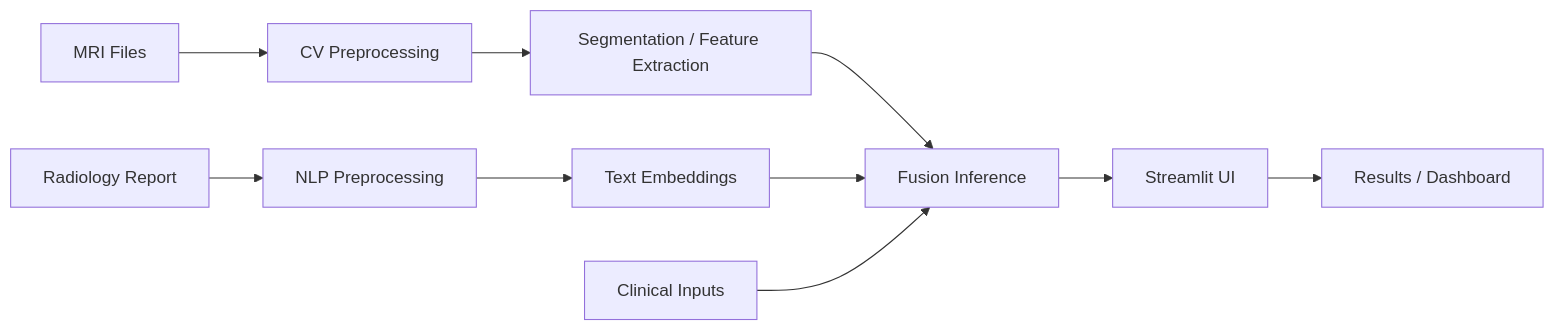
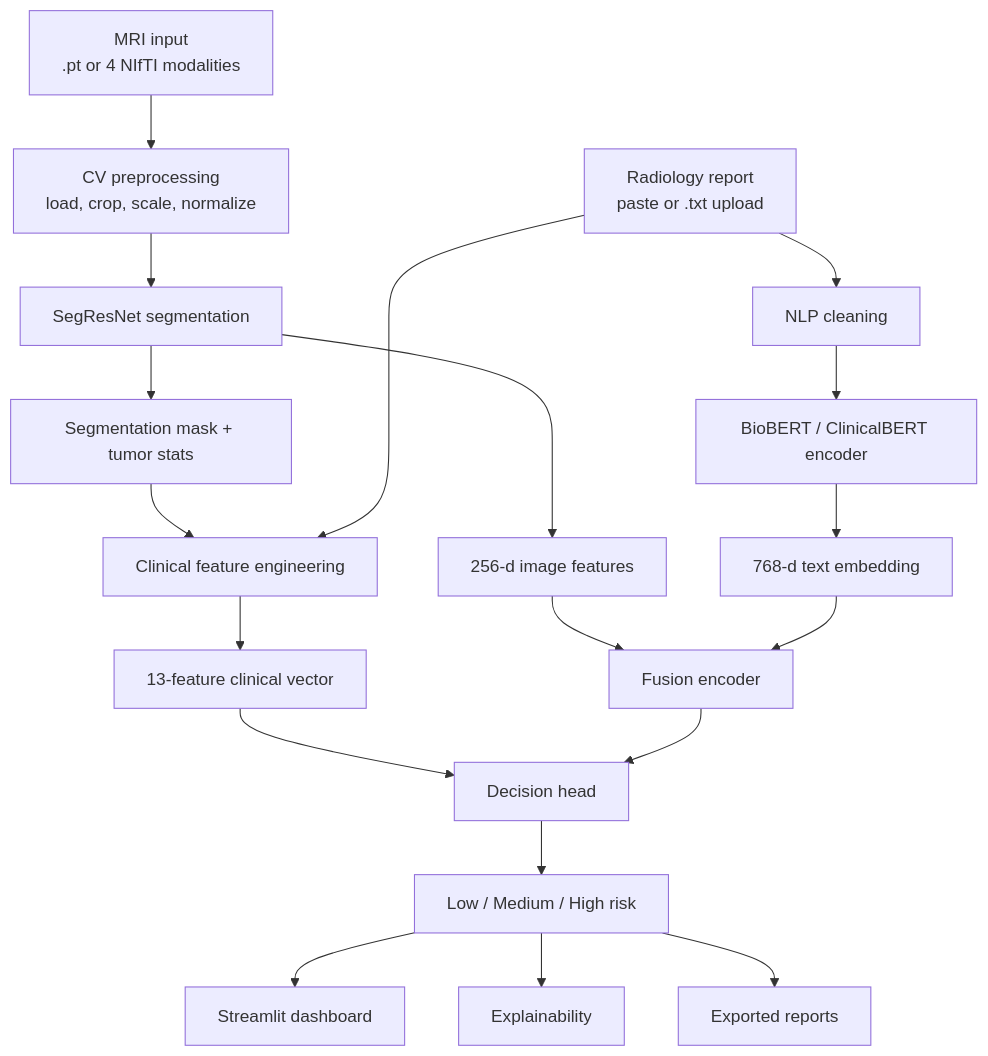
One commit to nour-hossam7/CortexAI changed the diagram in README.md. Above: the diagram before and after it, drawn with Mermaid. The commit also changed other lines of this file, not shown here.

````diff
--- a/README.md
+++ b/README.md
@@ -91,12 +111,25 @@
 ```mermaid
-flowchart LR
-    A[MRI Files] --> B[CV Preprocessing]
-    B --> C[Segmentation / Feature Extraction]
-    D[Radiology Report] --> E[NLP Preprocessing]
-    E --> F[Text Embeddings]
-    C --> G[Fusion Inference]
-    F --> G
-    H[Clinical Inputs] --> G
-    G --> I[Streamlit UI]
-    I --> J[Results / Dashboard]
+flowchart TD
+        A[MRI input<br/>.pt or 4 NIfTI modalities] --> B[CV preprocessing<br/>load, crop, scale, normalize]
+        B --> C[SegResNet segmentation]
+        C --> D[Segmentation mask + tumor stats]
+        C --> E[256-d image features]
+
+        F[Radiology report<br/>paste or .txt upload] --> G[NLP cleaning]
+        G --> H[BioBERT / ClinicalBERT encoder]
+        H --> I[768-d text embedding]
+
+        D --> J[Clinical feature engineering]
+        F --> J
+        J --> K[13-feature clinical vector]
+
+        E --> L[Fusion encoder]
+        I --> L
+        K --> M[Decision head]
+        L --> M
+        M --> N[Low / Medium / High risk]
+
+        N --> O[Streamlit dashboard]
+        N --> P[Explainability]
+        N --> Q[Exported reports]
 ```
````
